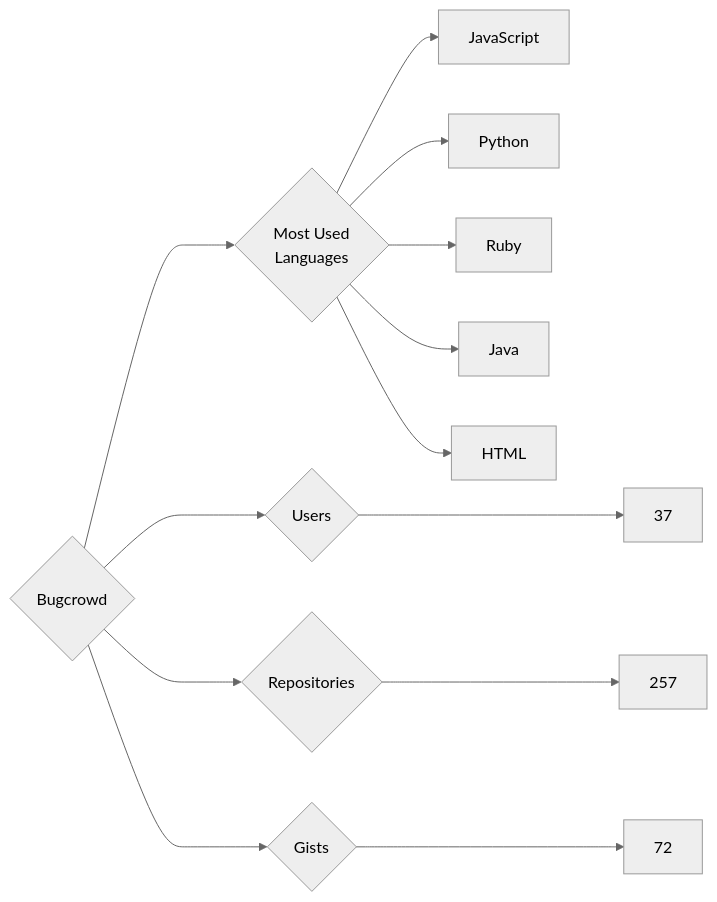
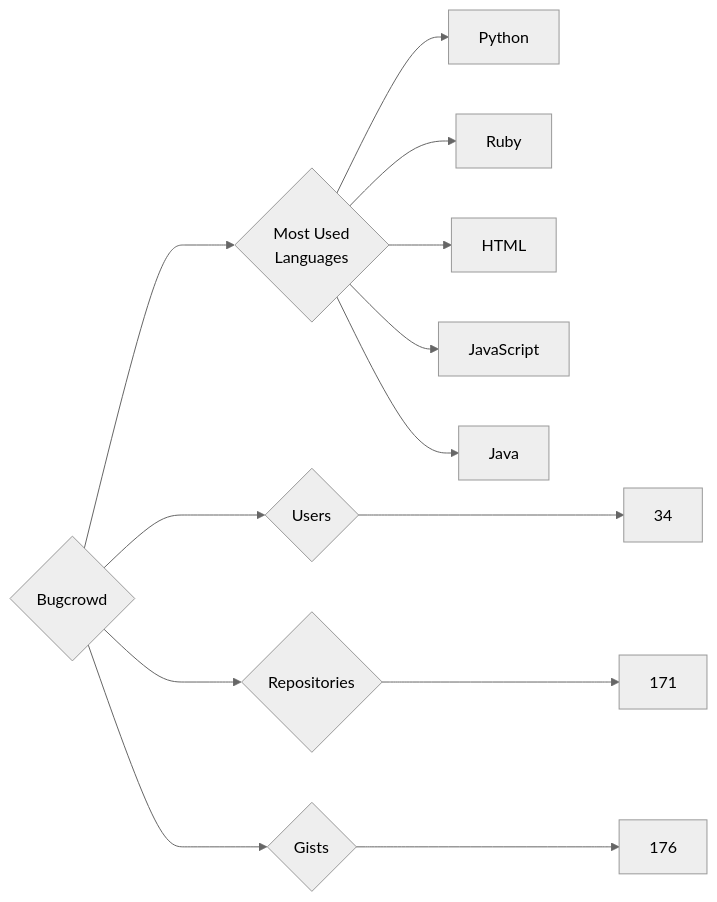
One commit to trickest/insiders changed the diagram in targets/Bugcrowd/README.md. Above: the diagram before and after it, drawn with Mermaid (neutral theme). The commit also changed 935 other files, not shown here.

````diff
--- a/targets/Bugcrowd/README.md
+++ b/targets/Bugcrowd/README.md
@@ -3,13 +3,13 @@
 ```mermaid
 graph LR
 COMPANY_NAME{Bugcrowd}
-COMPANY_NAME ---> U{Users} ---> UN[37]
-COMPANY_NAME ---> R{Repositories} ---> RN[257]
-COMPANY_NAME ---> G{Gists} ---> GN[72]
+COMPANY_NAME ---> U{Users} ---> UN[34]
+COMPANY_NAME ---> R{Repositories} ---> RN[171]
+COMPANY_NAME ---> G{Gists} ---> GN[176]
 COMPANY_NAME ---> ML{Most Used<br>Languages}
-ML --> JavaScript[JavaScript]
 ML --> Python[Python]
 ML --> Ruby[Ruby]
+ML --> HTML[HTML]
+ML --> JavaScript[JavaScript]
 ML --> Java[Java]
-ML --> HTML[HTML]
 ```
````
